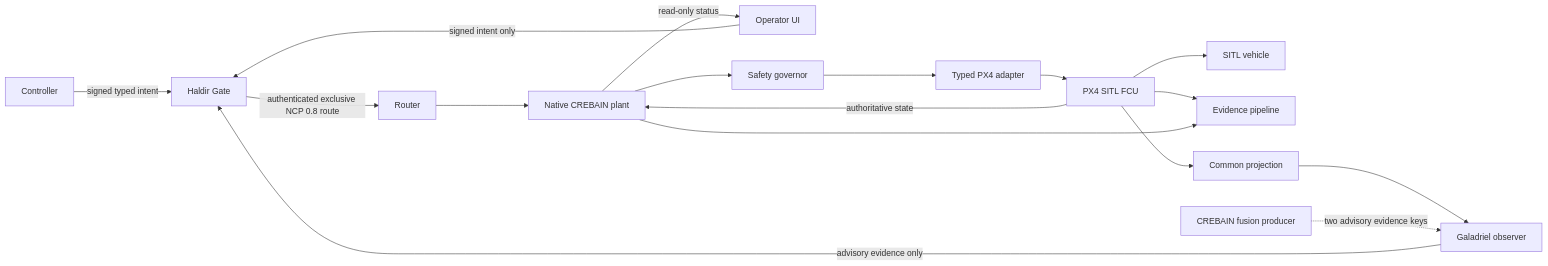
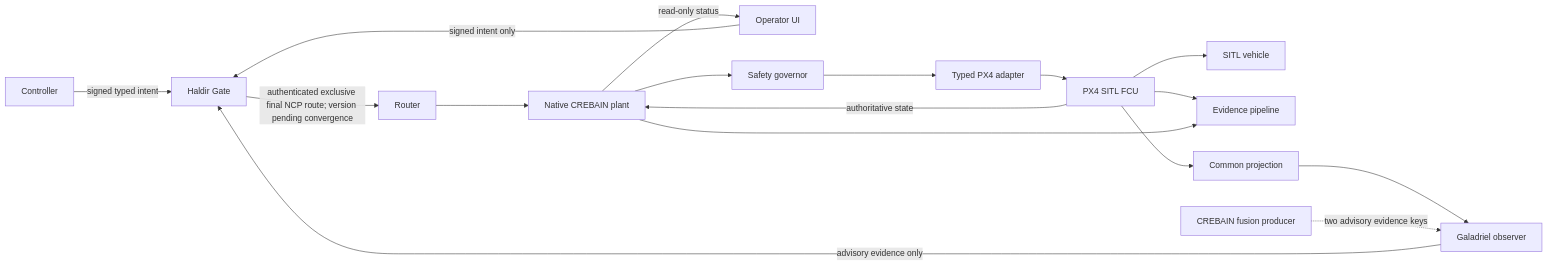
Before and after one commit to sepahead/crebain: the diagram in docs/SYSTEM_CONTEXT.md, drawn with Mermaid. The commit also changed 351 other files, not shown here.

````diff
--- a/docs/SYSTEM_CONTEXT.md
+++ b/docs/SYSTEM_CONTEXT.md
@@ -104,19 +104,19 @@
 ```mermaid
 flowchart LR
   C[Controller] -->|signed typed intent| H[Haldir Gate]
   O[Operator UI] -->|signed intent only| H
-  H -->|authenticated exclusive NCP 0.8 route| R[Router]
+  H -->|authenticated exclusive final NCP route; version pending convergence| R[Router]
   R --> P[Native CREBAIN plant]
   P --> G[Safety governor]
   G --> A[Typed PX4 adapter]
   A --> F[PX4 SITL FCU]
   F --> V[SITL vehicle]
   F -->|authoritative state| P
   F --> E[Evidence pipeline]
   P --> E
   F --> CP[Common projection]
   CP --> GA[Galadriel observer]
   FP[CREBAIN fusion producer] -.->|two advisory evidence keys| GA
   GA -->|advisory evidence only| H
   P -->|read-only status| O
 ```
````
